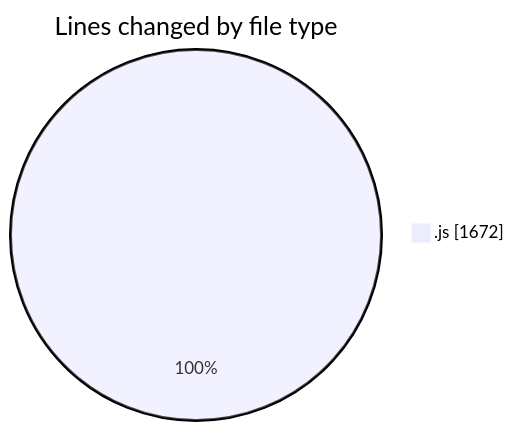
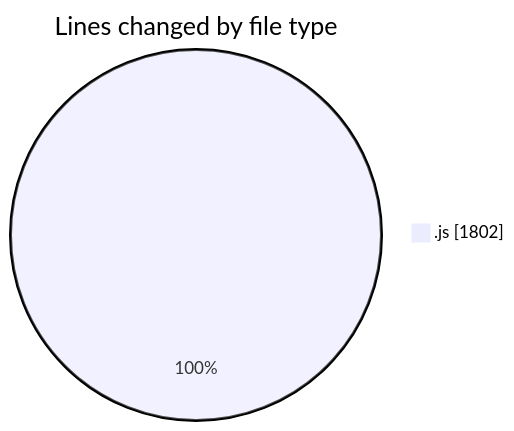
One commit to nxtqubesakshisongat/code-tracking changed the first of 2 diagrams in 2025-10-16/nxtqube_webapp/README.md. Above: the diagram before and after it, drawn with Mermaid. The commit also changed other lines of this file and 1 other file, not shown here.

````diff
--- a/2025-10-16/nxtqube_webapp/README.md
+++ b/2025-10-16/nxtqube_webapp/README.md
@@ -20,5 +20,5 @@
 ```mermaid
 pie showData
 title Lines changed by file type
-".js" : 1672
+".js" : 1802
 ```
````
